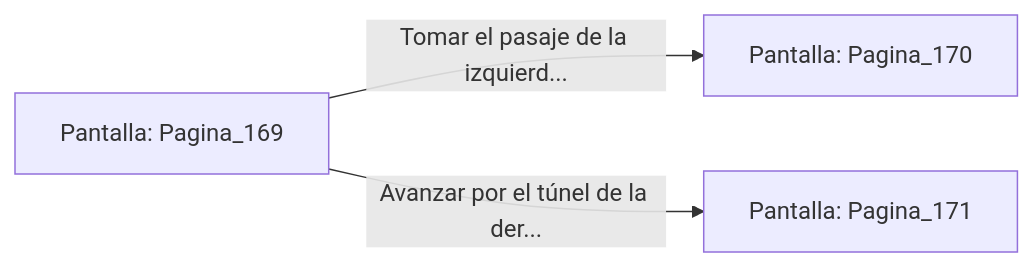
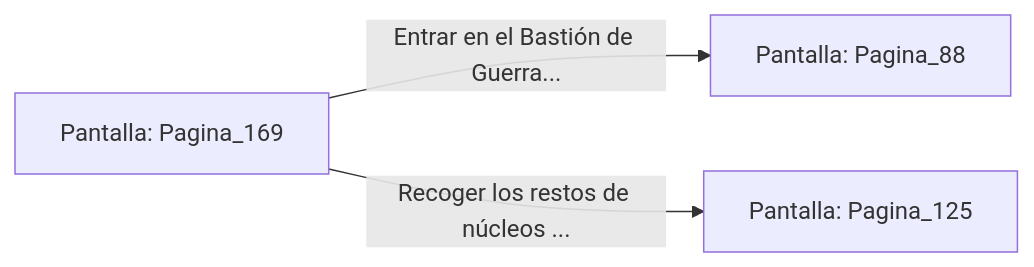
Before and after one commit to metsuke/mpl: the diagram in sample/eligejuego-vault/Pantalla_Pagina_169.md, drawn with Mermaid. The commit also changed other lines of this file and 635 other files, not shown here.

First line of the commit message:
fix: añadir Pagina_1 como pantalla inicial en capitulo_01.mpl

````diff
--- a/sample/eligejuego-vault/Pantalla_Pagina_169.md
+++ b/sample/eligejuego-vault/Pantalla_Pagina_169.md
@@ -20,6 +24,6 @@
 ```mermaid
 graph LR
     P_Pagina_169["Pantalla: Pagina_169"]
-    P_Pagina_169 -->|"Tomar el pasaje de la izquierd..."| P_Pagina_170["Pantalla: Pagina_170"]
-    P_Pagina_169 -->|"Avanzar por el túnel de la der..."| P_Pagina_171["Pantalla: Pagina_171"]
+    P_Pagina_169 -->|"Entrar en el Bastión de Guerra..."| P_Pagina_88["Pantalla: Pagina_88"]
+    P_Pagina_169 -->|"Recoger los restos de núcleos ..."| P_Pagina_125["Pantalla: Pagina_125"]
 ```
````
